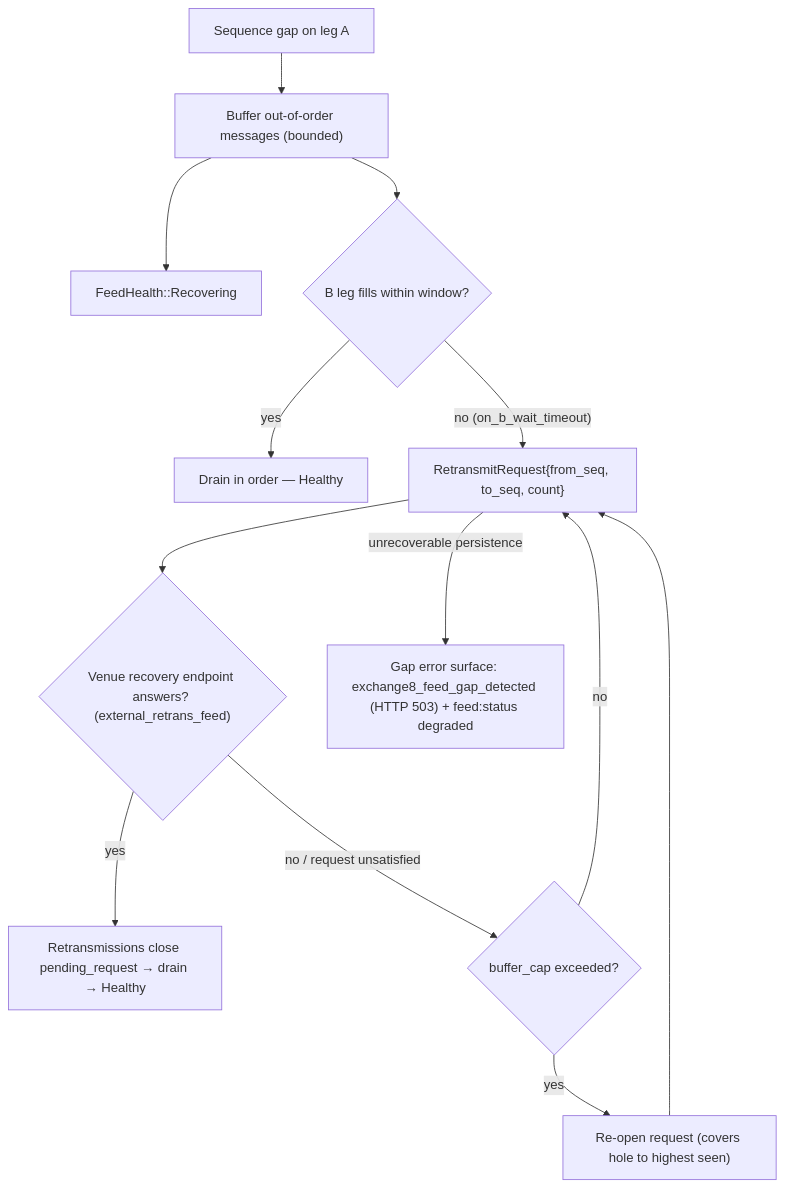
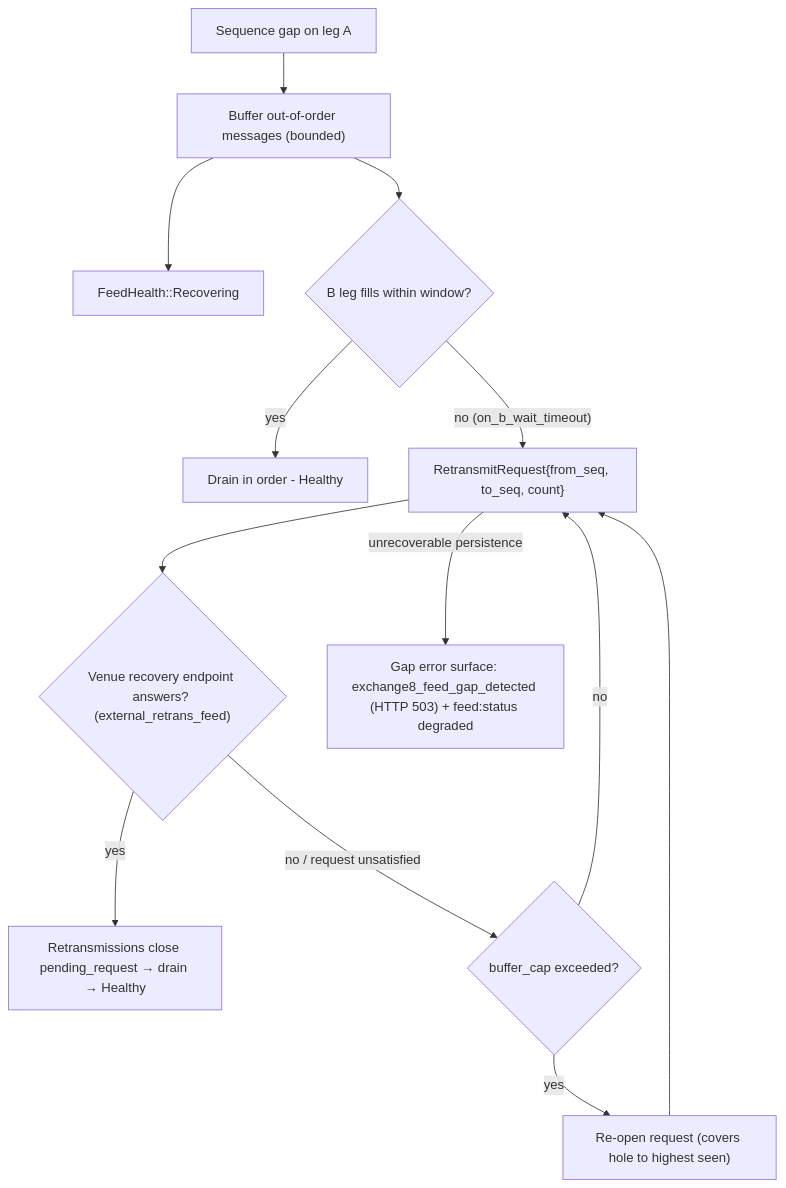
One commit to Exchange8-dev/exchange8-vfeeds changed the tenth of 13 diagrams in DESIGN.md. Above: the diagram before and after it, drawn with Mermaid. The commit also changed other lines of this file and 19 other files, not shown here.

````diff
--- a/DESIGN.md
+++ b/DESIGN.md
@@ -491,15 +491,15 @@
 ```mermaid
 flowchart TD
     GAP["Sequence gap on leg A"] --> BUF["Buffer out-of-order messages (bounded)"]
     BUF --> HEALTH["FeedHealth::Recovering"]
     BUF --> BWAIT{"B leg fills within window?"}
-    BWAIT -- "yes" --> DRAIN["Drain in order — Healthy"]
+    BWAIT -- "yes" --> DRAIN["Drain in order - Healthy"]
     BWAIT -- "no (on_b_wait_timeout)" --> REQ["RetransmitRequest{from_seq, to_seq, count}"]
     REQ --> RETR{"Venue recovery endpoint answers? (external_retrans_feed)"}
     RETR -- "yes" --> FILL["Retransmissions close pending_request → drain → Healthy"]
     RETR -- "no / request unsatisfied" --> BACKSTOP{"buffer_cap exceeded?"}
     BACKSTOP -- "yes" --> REOPEN["Re-open request (covers hole to highest seen)"]
     BACKSTOP -- "no" --> REQ
     REOPEN --> REQ
     REQ -- "unrecoverable persistence" --> RESET["Gap error surface: exchange8_feed_gap_detected (HTTP 503) + feed:status degraded"]
 ```
````
